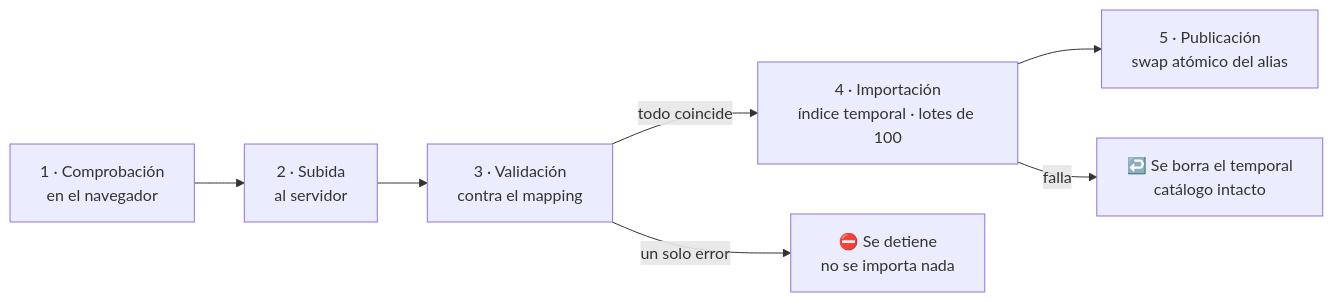
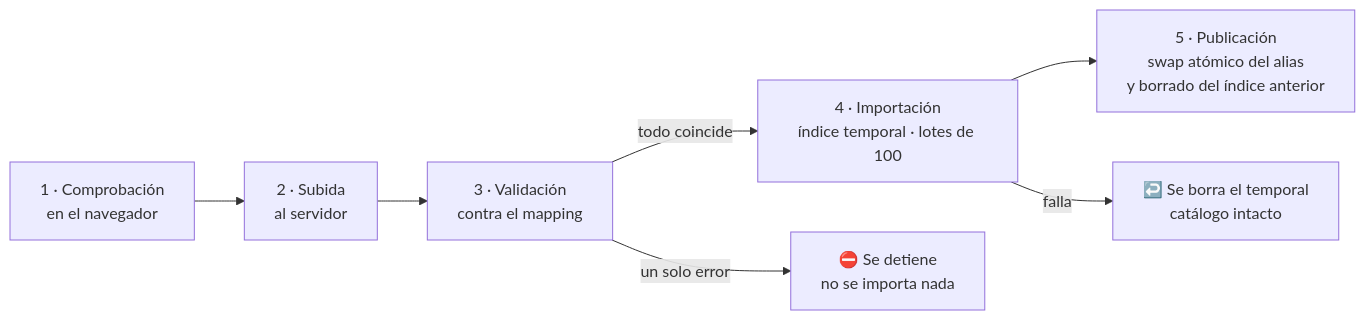
One commit to bigfito/elastiflix-reloaded changed the first of 2 diagrams in README.md. Above: the diagram before and after it, drawn with Mermaid. The commit also changed other lines of this file and 11 other files, not shown here.

````diff
--- a/README.md
+++ b/README.md
@@ -134,9 +135,9 @@
 ```mermaid
 flowchart LR
   A["1 · Comprobación<br/>en el navegador"] --> B["2 · Subida<br/>al servidor"]
   B --> C["3 · Validación<br/>contra el mapping"]
   C -->|"todo coincide"| D["4 · Importación<br/>índice temporal · lotes de 100"]
   C -->|"un solo error"| X["⛔ Se detiene<br/>no se importa nada"]
-  D --> E["5 · Publicación<br/>swap atómico del alias"]
+  D --> E["5 · Publicación<br/>swap atómico del alias<br/>y borrado del índice anterior"]
   D -->|"falla"| Y["↩️ Se borra el temporal<br/>catálogo intacto"]
 ```
````
